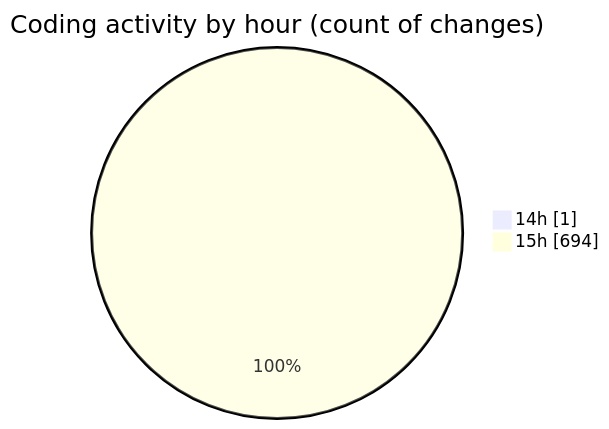
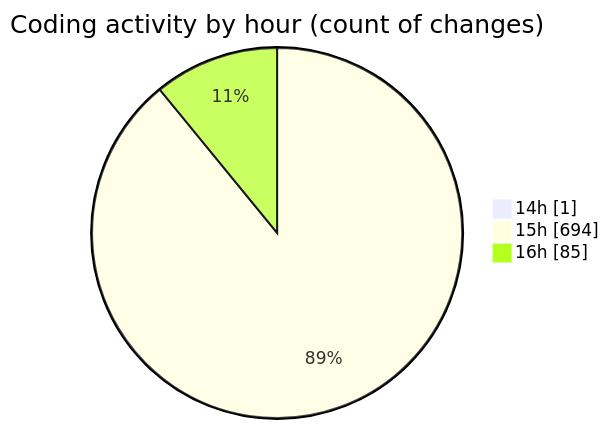
Before and after one commit to nxtqubesakshisongat/code-tracking: the second of 2 diagrams in 2025-04-10/nxtqube_webapp/README.md, drawn with Mermaid. The commit also changed other lines of this file and 1 other file, not shown here.

````diff
--- a/2025-04-10/nxtqube_webapp/README.md
+++ b/2025-04-10/nxtqube_webapp/README.md
@@ -32,6 +32,7 @@
 ```mermaid
 pie showData
 title Coding activity by hour (count of changes)
 "14h" : 1
 "15h" : 694
+"16h" : 85
 ```
````
